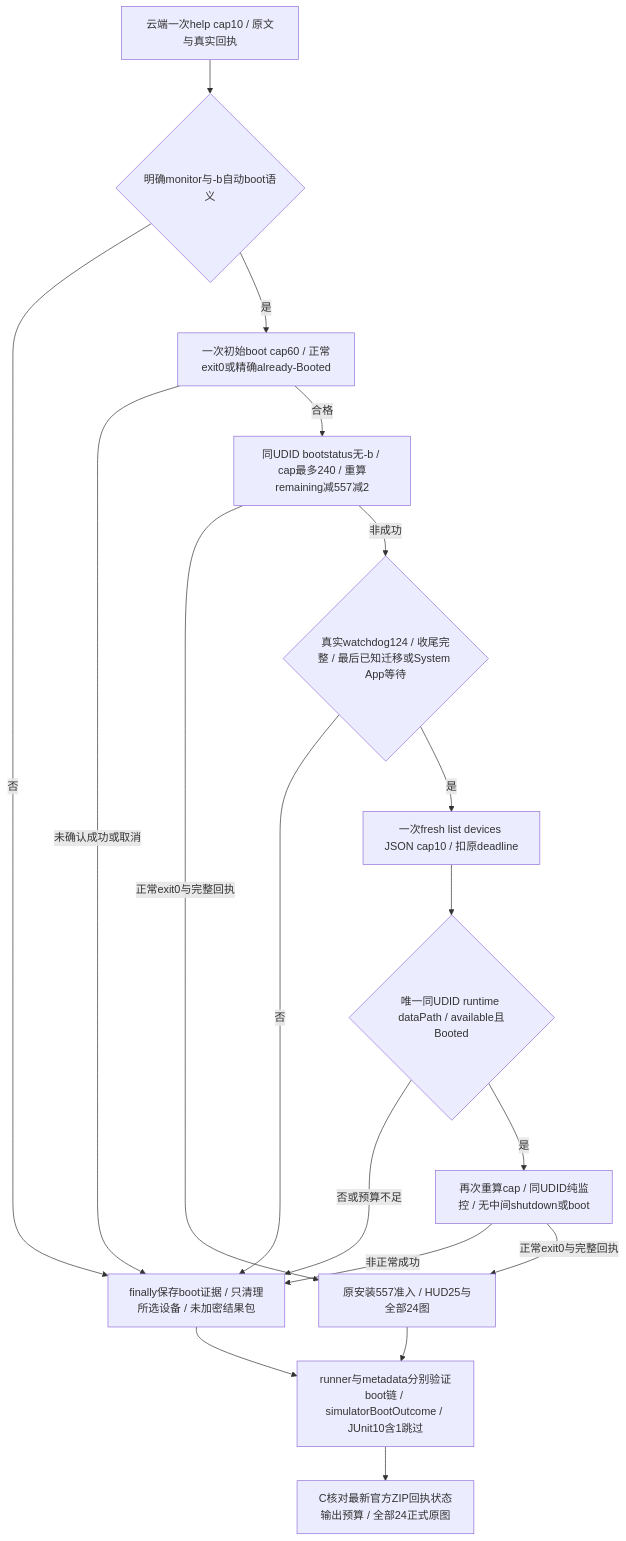
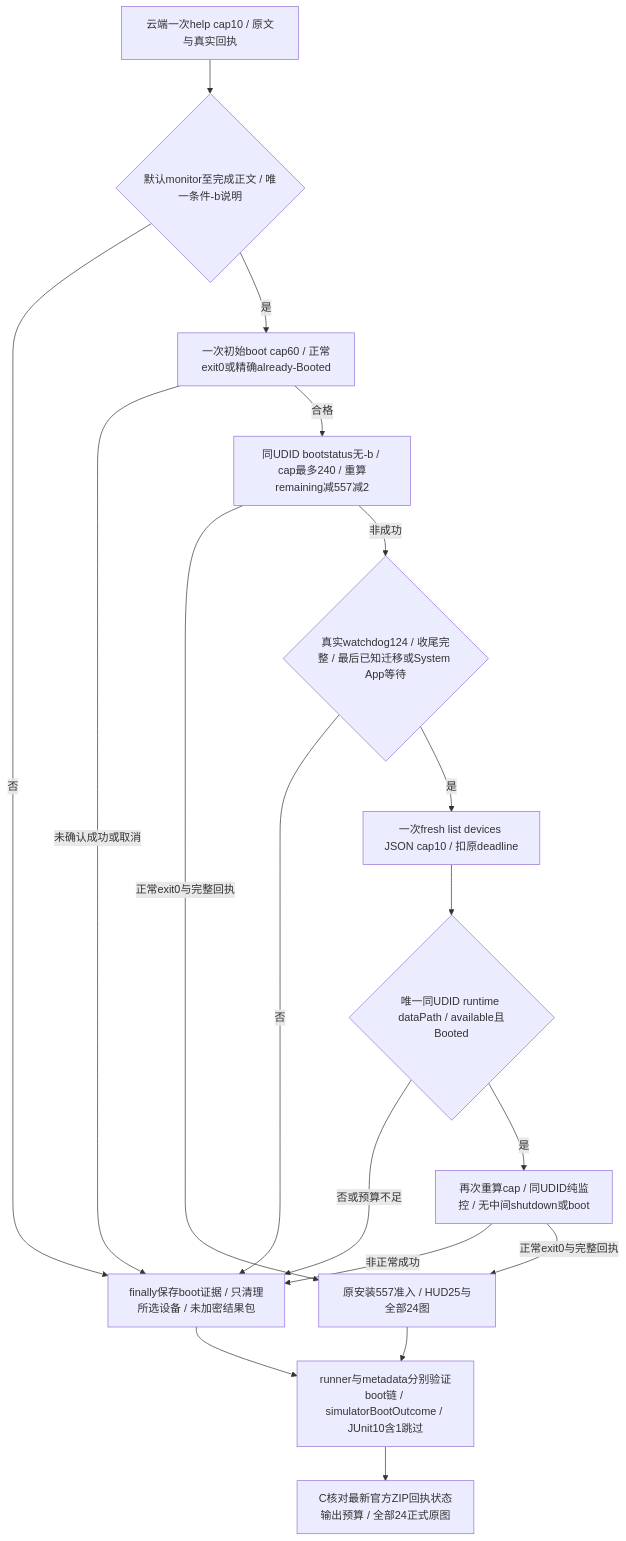
Before and after one commit to Altman-sam114/1145: the seventh of 7 diagrams in md/flow/flowchart.md, drawn with Mermaid. The commit also changed other lines of this file and 9 other files, not shown here.

````diff
--- a/md/flow/flowchart.md
+++ b/md/flow/flowchart.md
@@ -259,20 +259,20 @@
 ```mermaid
 flowchart TD
-  Help[云端一次help cap10 / 原文与真实回执] --> Semantics{明确monitor与-b自动boot语义}
+  Help[云端一次help cap10 / 原文与真实回执] --> Semantics{默认monitor至完成正文 / 唯一条件-b说明}
   Semantics -- 否 --> Fail[finally保存boot证据 / 只清理所选设备 / 未加密结果包]
   Semantics -- 是 --> Boot[一次初始boot cap60 / 正常exit0或精确already-Booted]
   Boot -- 未确认成功或取消 --> Fail
   Boot -- 合格 --> Wait1[同UDID bootstatus无-b / cap最多240 / 重算remaining减557减2]
   Wait1 -- 正常exit0与完整回执 --> Ready[原安装557准入 / HUD25与全部24图]
   Wait1 -- 非成功 --> Eligible{真实watchdog124 / 收尾完整 / 最后已知迁移或System App等待}
   Eligible -- 否 --> Fail
   Eligible -- 是 --> State[一次fresh list devices JSON cap10 / 扣原deadline]
   State --> Same{唯一同UDID runtime dataPath / available且Booted}
   Same -- 否或预算不足 --> Fail
   Same -- 是 --> Wait2[再次重算cap / 同UDID纯监控 / 无中间shutdown或boot]
   Wait2 -- 非正常成功 --> Fail
   Wait2 -- 正常exit0与完整回执 --> Ready
   Ready --> Gate[runner与metadata分别验证boot链 / simulatorBootOutcome / JUnit10含1跳过]
   Fail --> Gate
   Gate --> Review[C核对最新官方ZIP回执状态输出预算 / 全部24正式原图]
 ```
````
